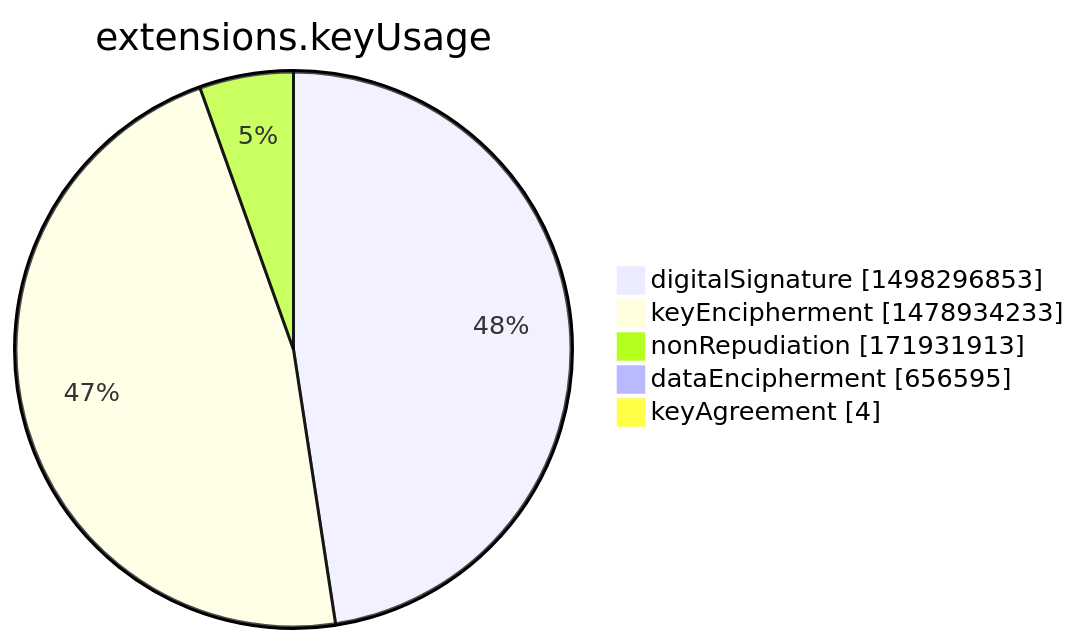
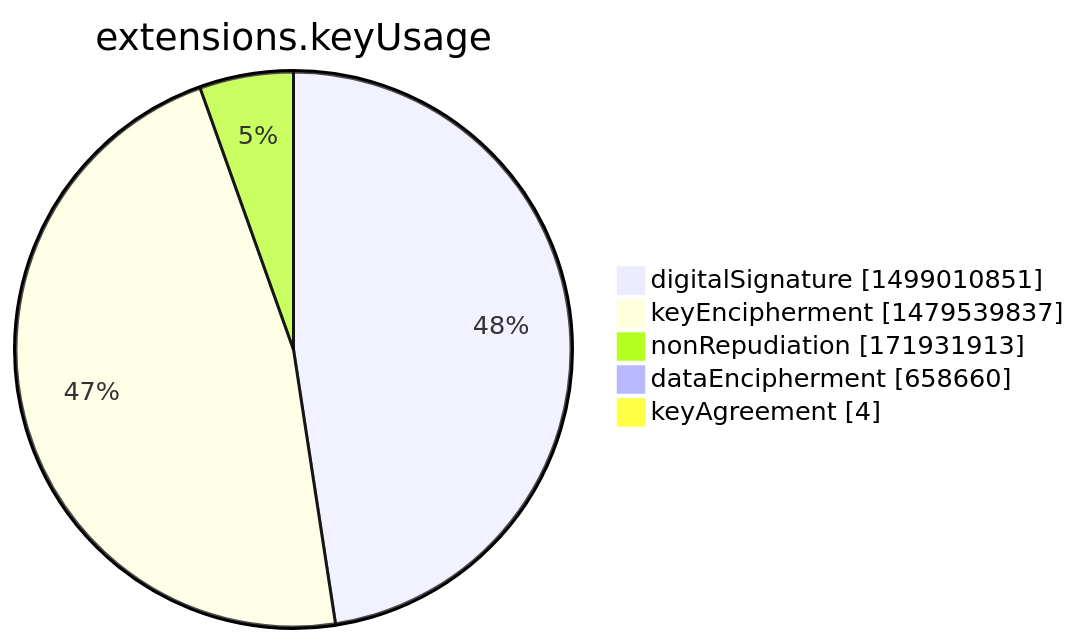
One commit to christiankrug/ctmonitor_visualization changed the seventh of 15 diagrams in argon2022/README.md. Above: the diagram before and after it, drawn with Mermaid. The commit also changed other lines of this file, not shown here.

````diff
--- a/argon2022/README.md
+++ b/argon2022/README.md
@@ -2751,9 +2751,9 @@
 ```mermaid
 pie showData
 title extensions.keyUsage
-"digitalSignature" :1498296853
-"keyEncipherment" :1478934233
+"digitalSignature" :1499010851
+"keyEncipherment" :1479539837
 "nonRepudiation" :171931913
-"dataEncipherment" :656595
+"dataEncipherment" :658660
 "keyAgreement" :4
 ```
````
